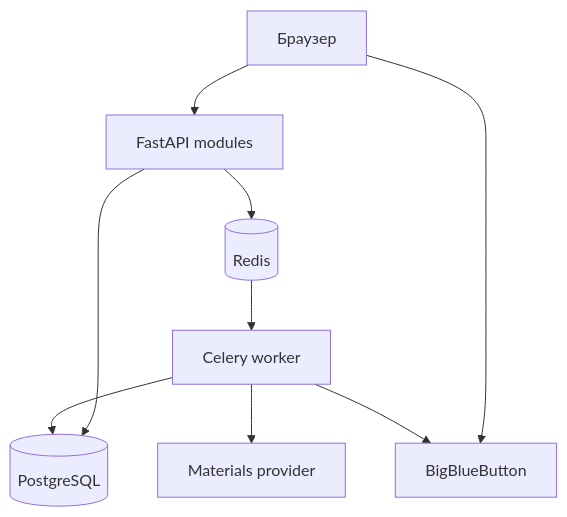
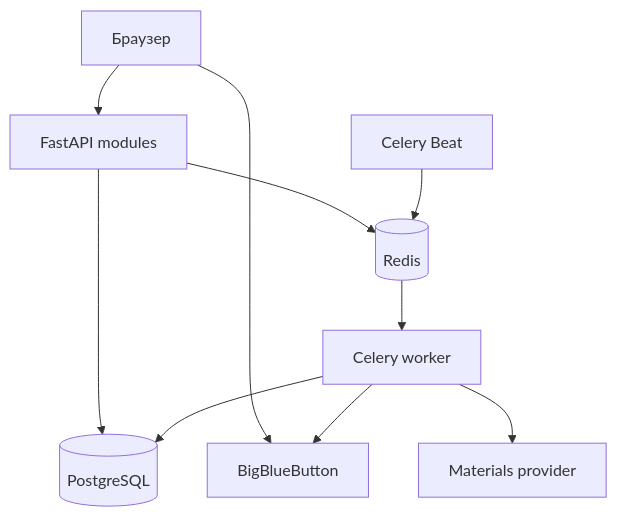
Before and after one commit to ArtemLevin/tutor-assistant-web: the fourth of 4 diagrams in docs/architecture.md, drawn with Mermaid. The commit also changed other lines of this file and 37 other files, not shown here.

````diff
--- a/docs/architecture.md
+++ b/docs/architecture.md
@@ -113,11 +118,12 @@
 ```mermaid
 flowchart TB
     Browser[Браузер] --> App[FastAPI modules]
     Browser --> BBB[BigBlueButton]
     App --> Postgres[(PostgreSQL)]
     App --> Redis[(Redis)]
     Redis --> Worker[Celery worker]
+    Beat[Celery Beat] --> Redis
     Worker --> BBB
     Worker --> AI[Materials provider]
     Worker --> Postgres
 ```
````
